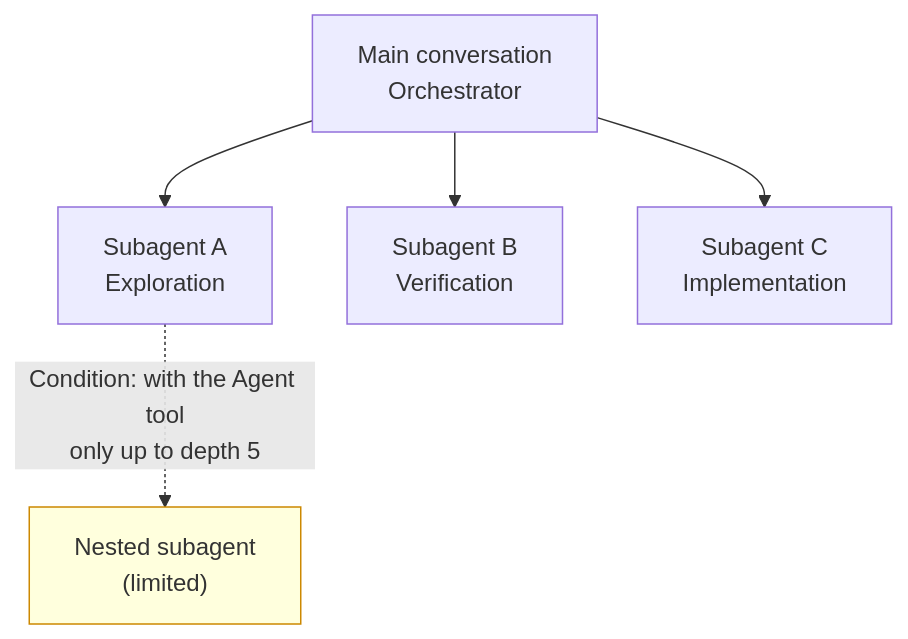
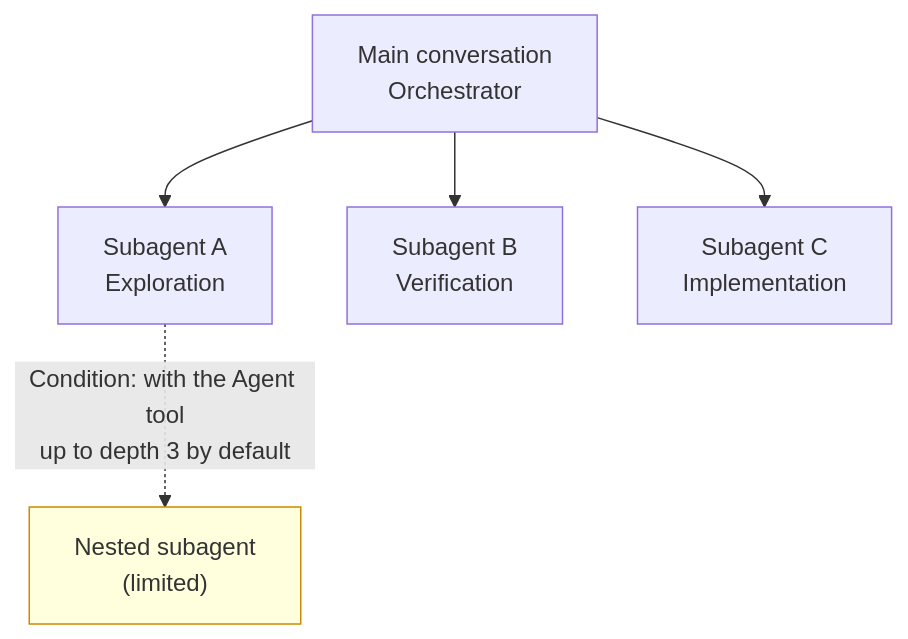
The diagram in docs-site/content/en/claude-code/agentic/sub-agents.md (modu-ai/moai-adk), drawn with Mermaid before and after one commit. The commit also changed other lines of this file and 3 other files, not shown here.

````diff
--- a/docs-site/content/en/claude-code/agentic/sub-agents.md
+++ b/docs-site/content/en/claude-code/agentic/sub-agents.md
@@ -65,8 +65,8 @@
 ```mermaid
 flowchart TD
     M[Main conversation<br/>Orchestrator] --> A[Subagent A<br/>Exploration]
     M --> B[Subagent B<br/>Verification]
     M --> C[Subagent C<br/>Implementation]
-    A -.->|Condition: with the Agent tool<br/>only up to depth 5| X["Nested subagent<br/>(limited)"]
+    A -.->|Condition: with the Agent tool<br/>up to depth 3 by default| X["Nested subagent<br/>(limited)"]
     style X fill:#ffd,stroke:#c80
 ```
````
